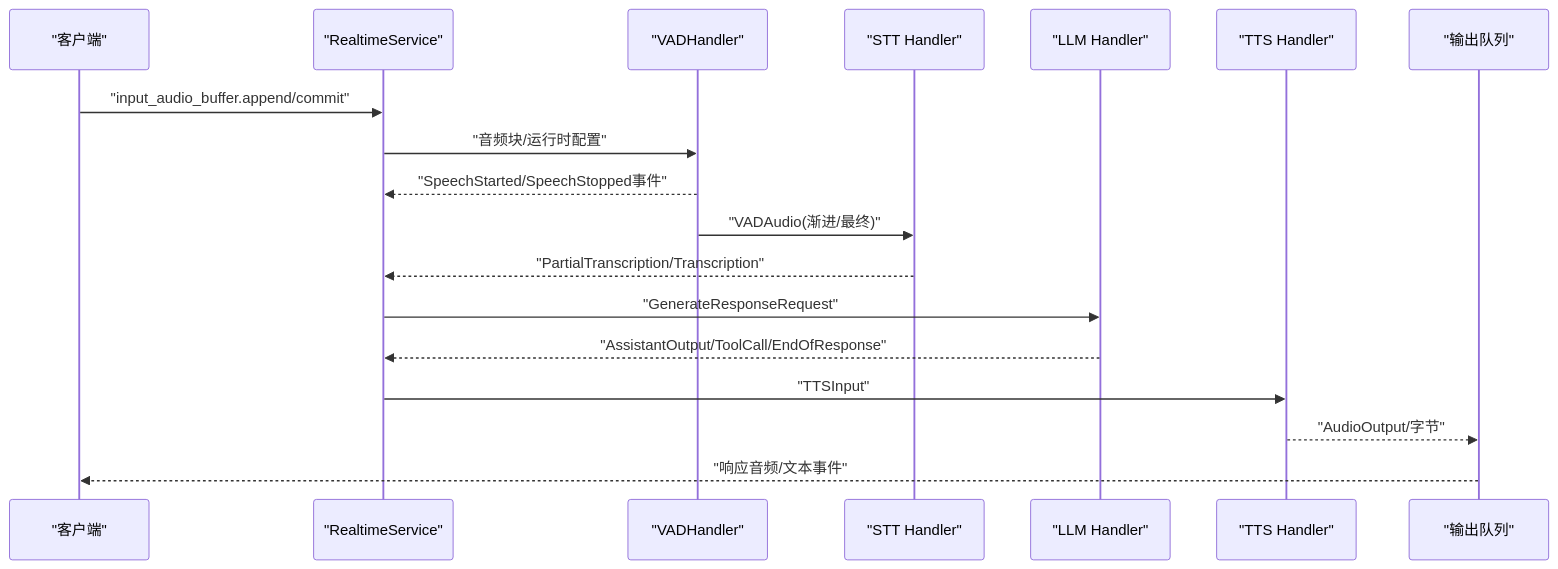
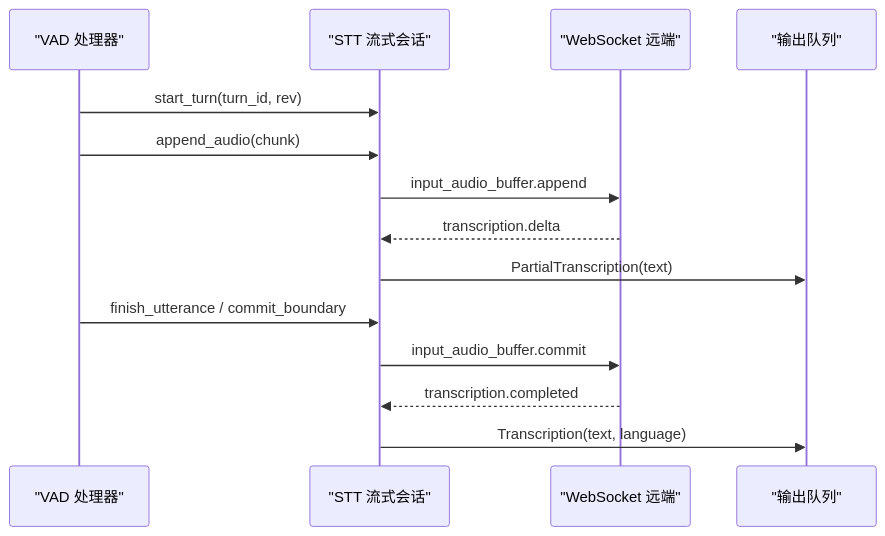
One commit to joezxh/speech-to-speech changed the fourth of 10 diagrams in .qoder/repowiki/zh/content/核心架构/核心架构.md. Above: the diagram before and after it, drawn with Mermaid. The commit also changed other lines of this file and 202 other files, not shown here.

````diff
--- a/.qoder/repowiki/zh/content/核心架构/核心架构.md
+++ b/.qoder/repowiki/zh/content/核心架构/核心架构.md
@@ -135,20 +212,16 @@
 ```mermaid
 sequenceDiagram
-participant Client as "客户端"
-participant Service as "RealtimeService"
-participant VAD as "VADHandler"
-participant STT as "STT Handler"
-participant LLM as "LLM Handler"
-participant TTS as "TTS Handler"
-participant Out as "输出队列"
-Client->>Service : "input_audio_buffer.append/commit"
-Service->>VAD : "音频块/运行时配置"
-VAD-->>Service : "SpeechStarted/SpeechStopped事件"
-VAD->>STT : "VADAudio(渐进/最终)"
-STT-->>Service : "PartialTranscription/Transcription"
-Service->>LLM : "GenerateResponseRequest"
-LLM-->>Service : "AssistantOutput/ToolCall/EndOfResponse"
-Service->>TTS : "TTSInput"
-TTS-->>Out : "AudioOutput/字节"
-Out-->>Client : "响应音频/文本事件"
+participant VAD as "VAD 处理器"
+participant STT as "STT 流式会话"
+participant WS as "WebSocket 远端"
+participant OUT as "输出队列"
+VAD->>STT : start_turn(turn_id, rev)
+VAD->>STT : append_audio(chunk)
+STT->>WS : input_audio_buffer.append
+WS-->>STT : transcription.delta
+STT->>OUT : PartialTranscription(text)
+VAD->>STT : finish_utterance / commit_boundary
+STT->>WS : input_audio_buffer.commit
+WS-->>STT : transcription.completed
+STT->>OUT : Transcription(text, language)
 ```
````
